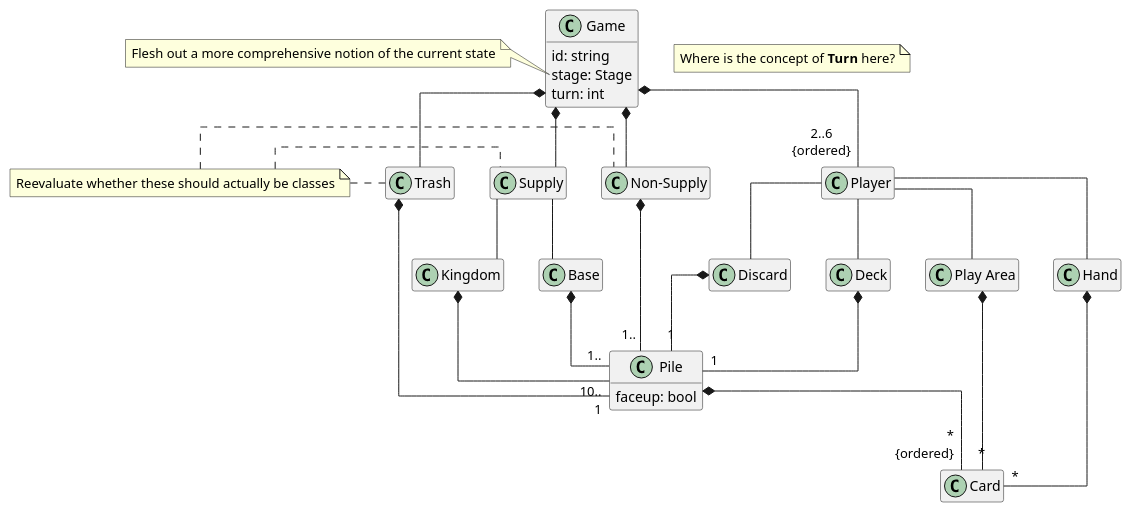
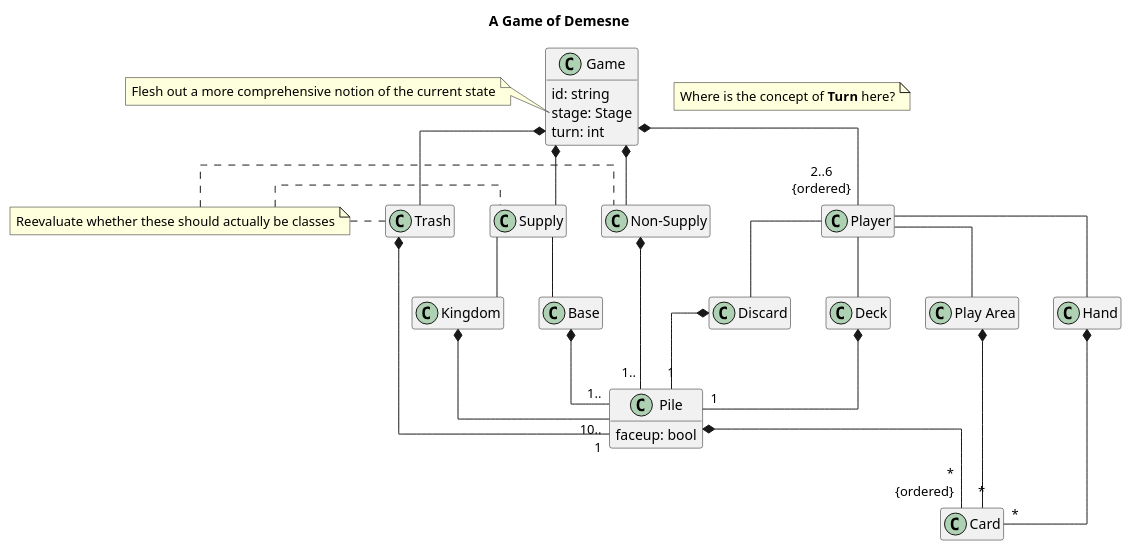
Before and after one commit to qwwqe/demesne: the diagram in diagrams/game-class.puml, drawn with PlantUML. The commit also changed 1 other file, not shown here.

Commit message:
Add title to Game class diagram

```diff
--- a/diagrams/game-class.puml
+++ b/diagrams/game-class.puml
@@ -1,78 +1,79 @@
 @startuml
+title A Game of Demesne
 hide empty members
 skinparam linetype ortho
 
 note "Where is the concept of <b>Turn</b> here?" as TurnNote
 
 note "Reevaluate whether these should actually be classes" as ClassNote
 
 class Game {
   id: string
   stage: Stage
   turn: int
 }
 
 class Player {}
 
 class Pile {
   faceup: bool
 }
 
 together {
   class Deck
   class Discard
   class "Play Area"
   class Hand
 }
 
 together {
   class Supply
   class "Non-Supply"
   class Trash
 }
 
 together {
   class Base
   class Kingdom
 }
 
 together {
   class Pile
   class Card
 }
 
 note left of Game::stage
   Flesh out a more comprehensive notion of the current state
 end note
 
 Game *-- Supply
 Game *-- "Non-Supply"
 Game *-- Trash
 Game *-- "2..6\n{ordered}" Player
 
 Player -- "Play Area"
 Player -- Hand
 Player -- Deck
 Player -- Discard
 
 Deck *-- "1" Pile
 Discard *-- "1" Pile
 
 Trash .left. ClassNote
 Supply .left. ClassNote
 "Non-Supply" .left. ClassNote
 
 Supply -- Base
 Supply -- Kingdom
 
 Base *-- "1.." Pile
 Kingdom *-- "10.." Pile
 "Non-Supply" *-- "1.." Pile
 
 Trash *-- "1" Pile
 
 Pile *-- "\r*\n{ordered}" Card
 
 "Play Area" *-- "*" Card
 Hand *-- "*" Card
 @enduml
```
